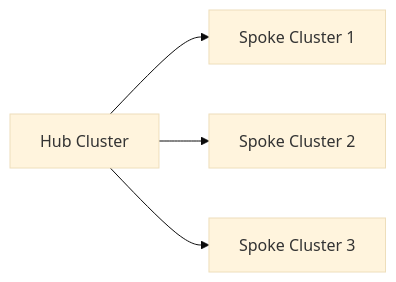
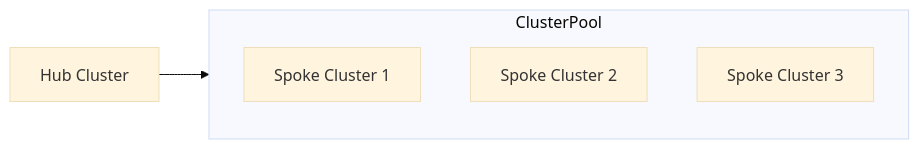
One commit to eformat/rhoai-cluster-pool changed the diagram in README.md. Above: the diagram before and after it, drawn with Mermaid (base theme).

Commit message:
🦩 initial commit 🦩

````diff
--- a/README.md
+++ b/README.md
@@ -5,6 +5,9 @@
 ```mermaid
 graph LR
-    Hub[Hub Cluster] --> Spoke1[Spoke Cluster 1]
-    Hub --> Spoke2[Spoke Cluster 2]
-    Hub --> Spoke3[Spoke Cluster 3]
+    Hub[Hub Cluster] --> ClusterPool
+    subgraph ClusterPool
+        Spoke1[Spoke Cluster 1]
+        Spoke2[Spoke Cluster 2]
+        Spoke3[Spoke Cluster 3]
+    end
 ```
````
